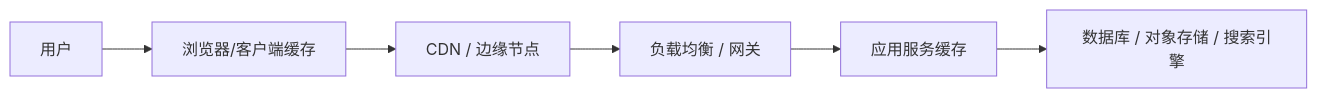
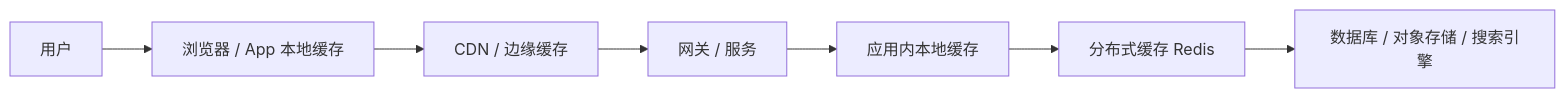
One commit to qxq1997/learning_stuff changed the first of 2 diagrams in 系统设计/03_缓存、CDN 与读写链路.md. Above: the diagram before and after it, drawn with Mermaid. The commit also changed other lines of this file and 20 other files, not shown here.

````diff
--- a/系统设计/03_缓存、CDN 与读写链路.md
+++ b/系统设计/03_缓存、CDN 与读写链路.md
@@ -18,8 +44,9 @@
 ```mermaid
 flowchart LR
-    A["用户"] --> B["浏览器/客户端缓存"]
-    B --> C["CDN / 边缘节点"]
-    C --> D["负载均衡 / 网关"]
-    D --> E["应用服务缓存"]
-    E --> F["数据库 / 对象存储 / 搜索引擎"]
+    A["用户"] --> B["浏览器 / App 本地缓存"]
+    B --> C["CDN / 边缘缓存"]
+    C --> D["网关 / 服务"]
+    D --> E["应用内本地缓存"]
+    E --> F["分布式缓存 Redis"]
+    F --> G["数据库 / 对象存储 / 搜索引擎"]
 ```
````
